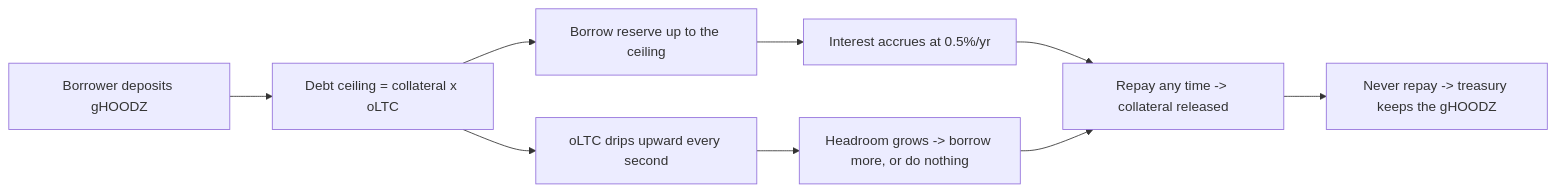
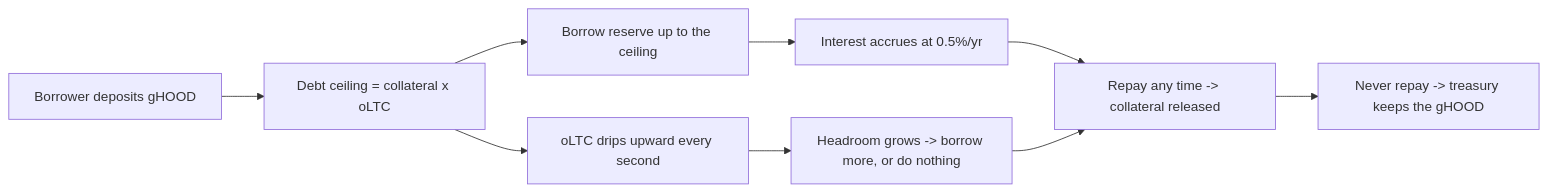
The sixth of 10 diagrams in docs/PROTOCOL.md (averageballer13/Hoodz), drawn with Mermaid before and after one commit. The commit also changed other lines of this file and 109 other files, not shown here.

````diff
--- a/docs/PROTOCOL.md
+++ b/docs/PROTOCOL.md
@@ -590,11 +590,11 @@
 ```mermaid
 flowchart LR
-    A["Borrower deposits gHOODZ"] --> B["Debt ceiling = collateral x oLTC"]
+    A["Borrower deposits gHOOD"] --> B["Debt ceiling = collateral x oLTC"]
     B --> C["Borrow reserve up to the ceiling"]
     C --> D["Interest accrues at 0.5%/yr"]
     B --> E["oLTC drips upward every second"]
     E --> F["Headroom grows -> borrow more, or do nothing"]
     D --> G["Repay any time -> collateral released"]
     F --> G
-    G --> H["Never repay -> treasury keeps the gHOODZ"]
+    G --> H["Never repay -> treasury keeps the gHOOD"]
 ```
````
